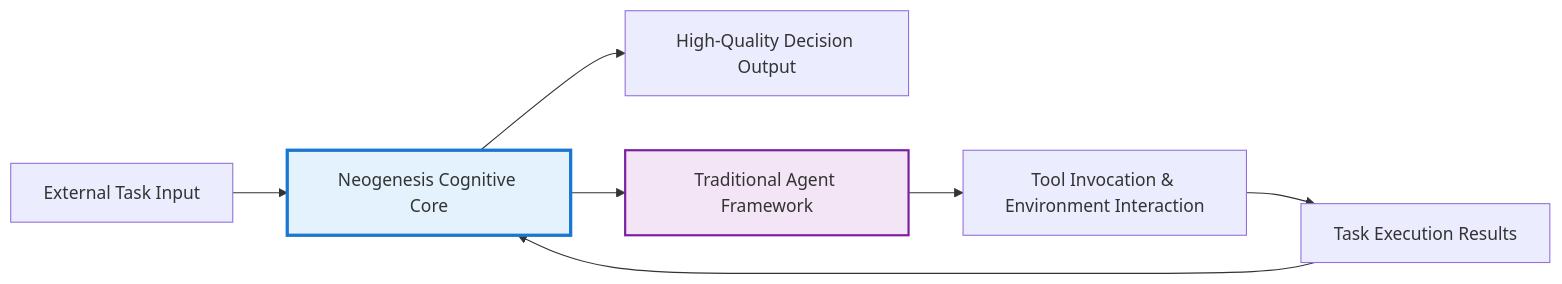
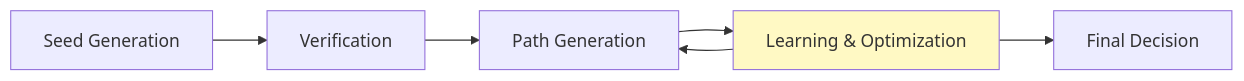
The first of 2 diagrams in README.md (oceanusXXD/Neosgenesis), drawn with Mermaid before and after one commit. The commit also changed other lines of this file and 83 other files, not shown here.

````diff
--- a/README.md
+++ b/README.md
@@ -54,12 +40,9 @@
 ```mermaid
 graph LR
-    A[External Task Input] --> B[Neogenesis Cognitive Core]
-    B --> C[High-Quality Decision Output]
-    B --> D[Traditional Agent Framework]
-    D --> E[Tool Invocation & Environment Interaction]
-    E --> F[Task Execution Results]
-    F --> B
-    
-    style B fill:#e3f2fd,stroke:#1976d2,stroke-width:3px
-    style D fill:#f3e5f5,stroke:#7b1fa2,stroke-width:2px
+    A[Seed Generation] --> B[Verification] 
+    B --> C[Path Generation] 
+    C --> D[Learning & Optimization]
+    D --> E[Final Decision]
+    D --> C
+    style D fill:#fff9c4
 ```
````
